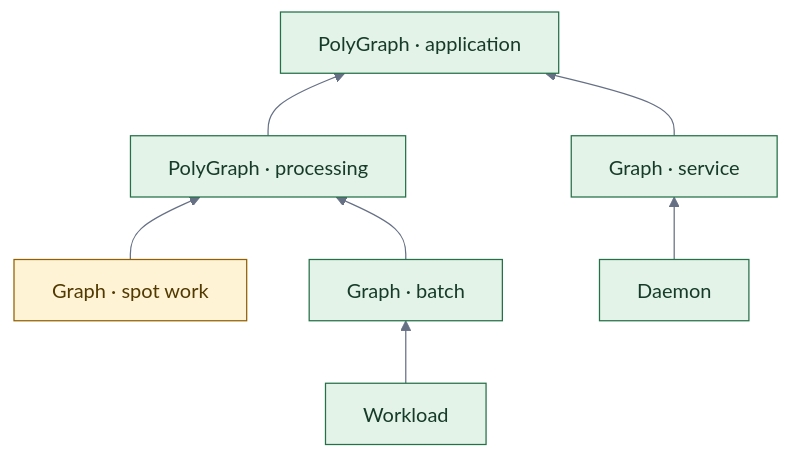
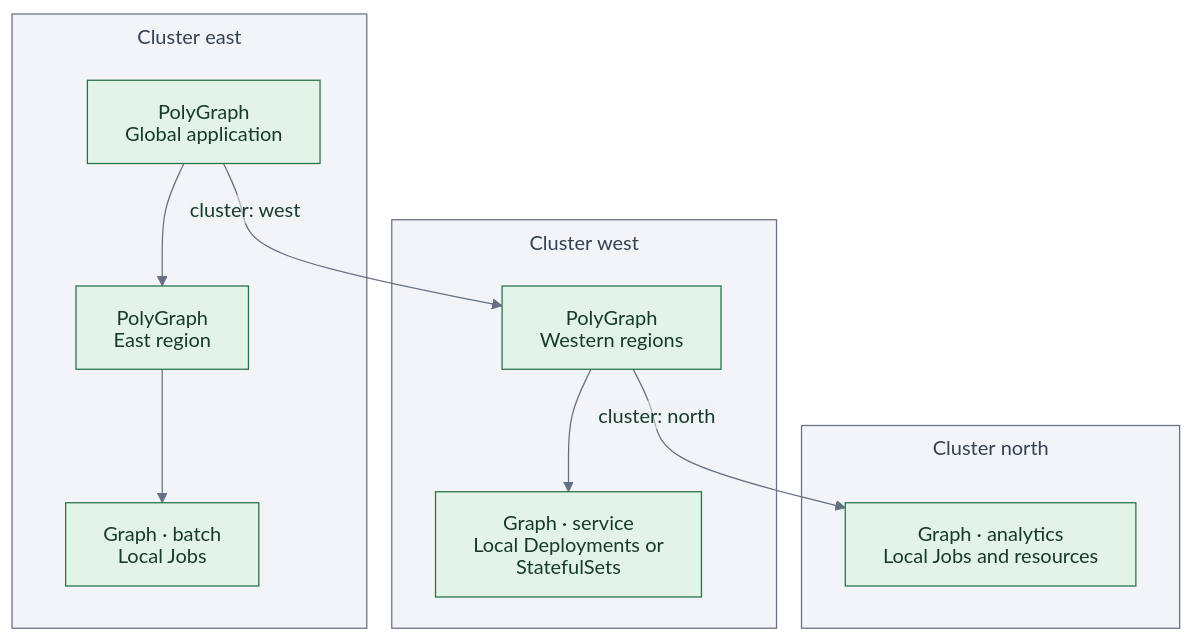
Before and after one commit to astrivant/polyad: the first of 8 diagrams in README.md, drawn with Mermaid. The commit also changed other lines of this file and 110 other files, not shown here.

````diff
--- a/README.md
+++ b/README.md
@@ -79,31 +92,39 @@
 ```mermaid
 ---
 config:
   theme: base
   htmlLabels: false
   themeVariables:
     primaryTextColor: "#163b29"
     secondaryTextColor: "#513900"
     tertiaryTextColor: "#344054"
     clusterBkg: "#f2f4f7"
     clusterBorder: "#667085"
     titleColor: "#344054"
     edgeLabelBackground: "#f2f4f7"
     lineColor: "#667085"
   flowchart:
     subGraphTitleMargin:
       top: 8
       bottom: 20
 ---
-flowchart BT
-    job["Workload"] --> batch["Graph · batch"]
-    daemon["Daemon"] --> service["Graph · service"]
-    spot["Graph · spot work"] --> group["PolyGraph · processing"]
-    batch --> group
-    group --> root["PolyGraph · application"]
-    service --> root
+flowchart TB
+    subgraph east["Cluster east"]
+        root["PolyGraph<br/>Global application"]
+        region["PolyGraph<br/>East region"]
+        batch["Graph · batch<br/>Local Jobs"]
+        root --> region --> batch
+    end
+    subgraph west["Cluster west"]
+        group["PolyGraph<br/>Western regions"]
+        service["Graph · service<br/>Local Deployments or StatefulSets"]
+        group --> service
+    end
+    subgraph north["Cluster north"]
+        analytics["Graph · analytics<br/>Local Jobs and resources"]
+    end
+    root -->|"cluster: west"| group
+    group -->|"cluster: north"| analytics
     classDef execution fill:#e3f3e8,stroke:#247047,color:#163b29
-    classDef constraint fill:#fff3d6,stroke:#926000,color:#513900
-    class job,daemon,batch,service,group,root execution
-    class spot constraint
+    class root,region,batch,group,service,analytics execution
 ```
````
